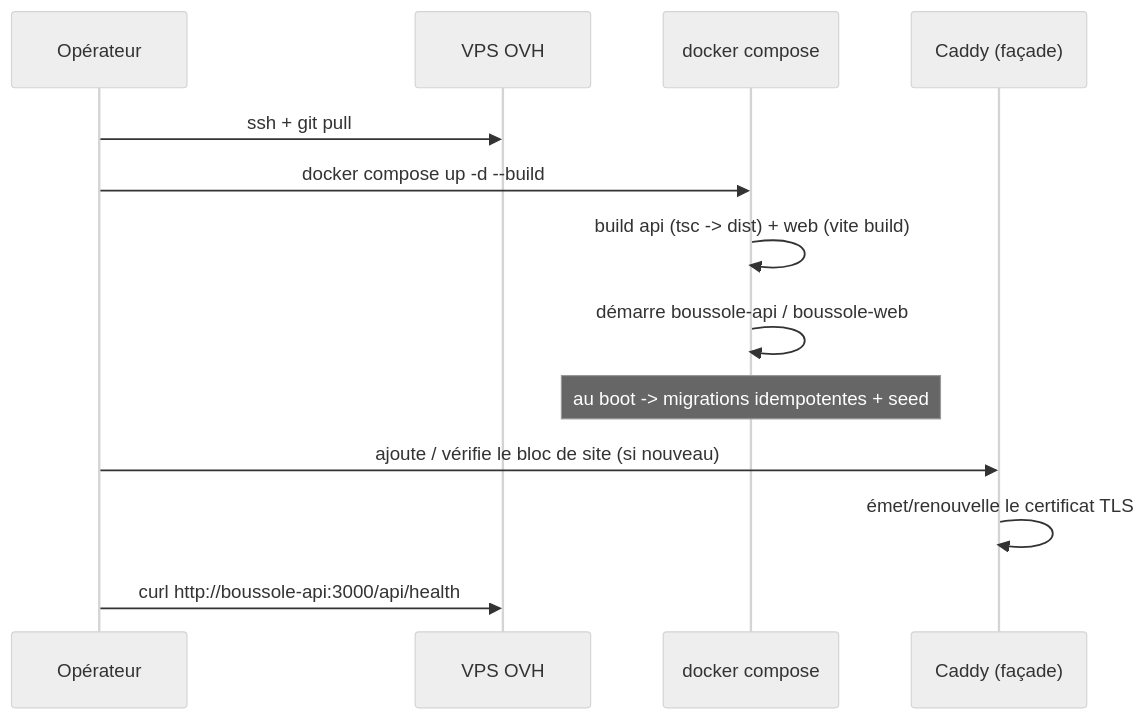
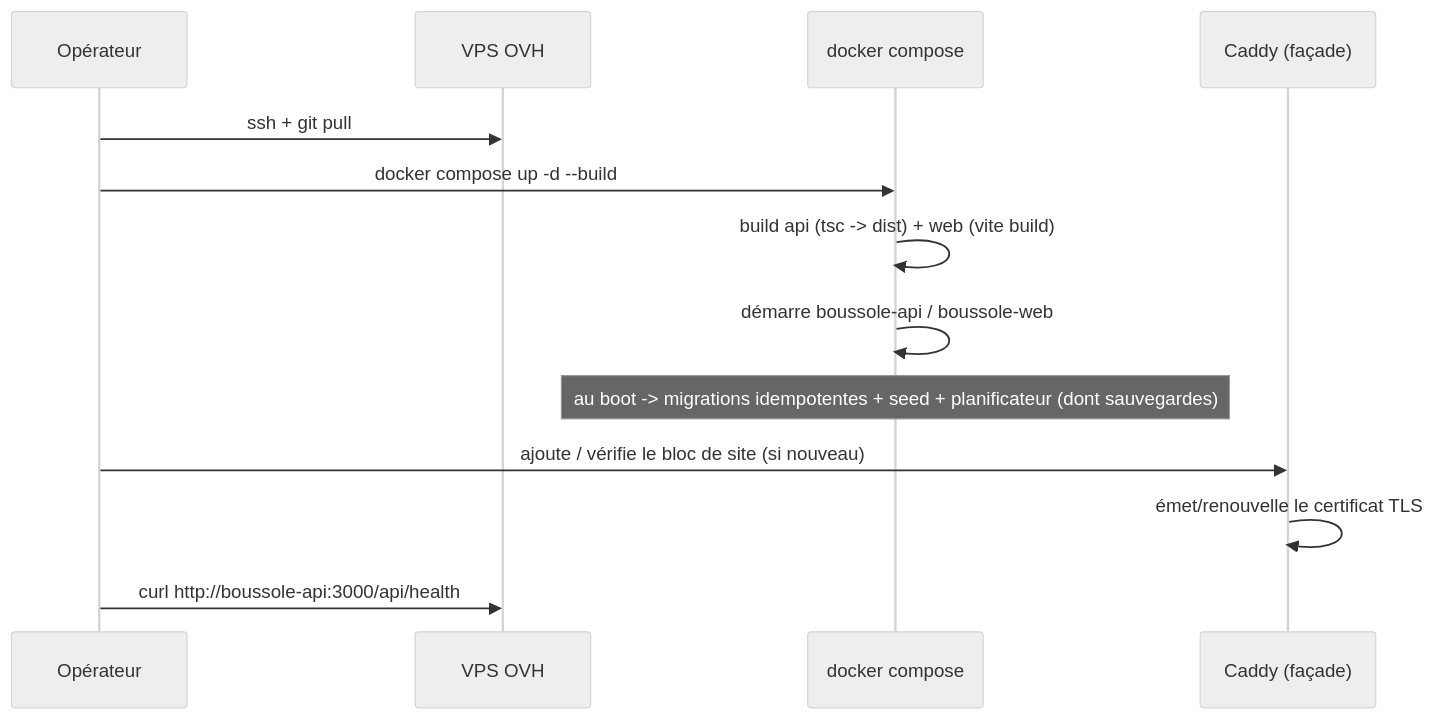
One commit to melafrit/FAD130_accompagnement_pro changed the second of 8 diagrams in app/api/src/wiki/content/operations.md. Above: the diagram before and after it, drawn with Mermaid (neutral theme). The commit also changed other lines of this file and 14 other files, not shown here.

````diff
--- a/app/api/src/wiki/content/operations.md
+++ b/app/api/src/wiki/content/operations.md
@@ -116,15 +135,15 @@
 ```mermaid
 sequenceDiagram
   participant Op as Opérateur
   participant VPS as VPS OVH
   participant DC as docker compose
   participant Cad as Caddy (façade)
   Op->>VPS: ssh + git pull
   Op->>DC: docker compose up -d --build
   DC->>DC: build api (tsc -> dist) + web (vite build)
   DC->>DC: démarre boussole-api / boussole-web
-  Note over DC: au boot -> migrations idempotentes + seed
+  Note over DC: au boot -> migrations idempotentes + seed + planificateur (dont sauvegardes)
   Op->>Cad: ajoute / vérifie le bloc de site (si nouveau)
   Cad->>Cad: émet/renouvelle le certificat TLS
   Op->>VPS: curl http://boussole-api:3000/api/health
 ```
````
